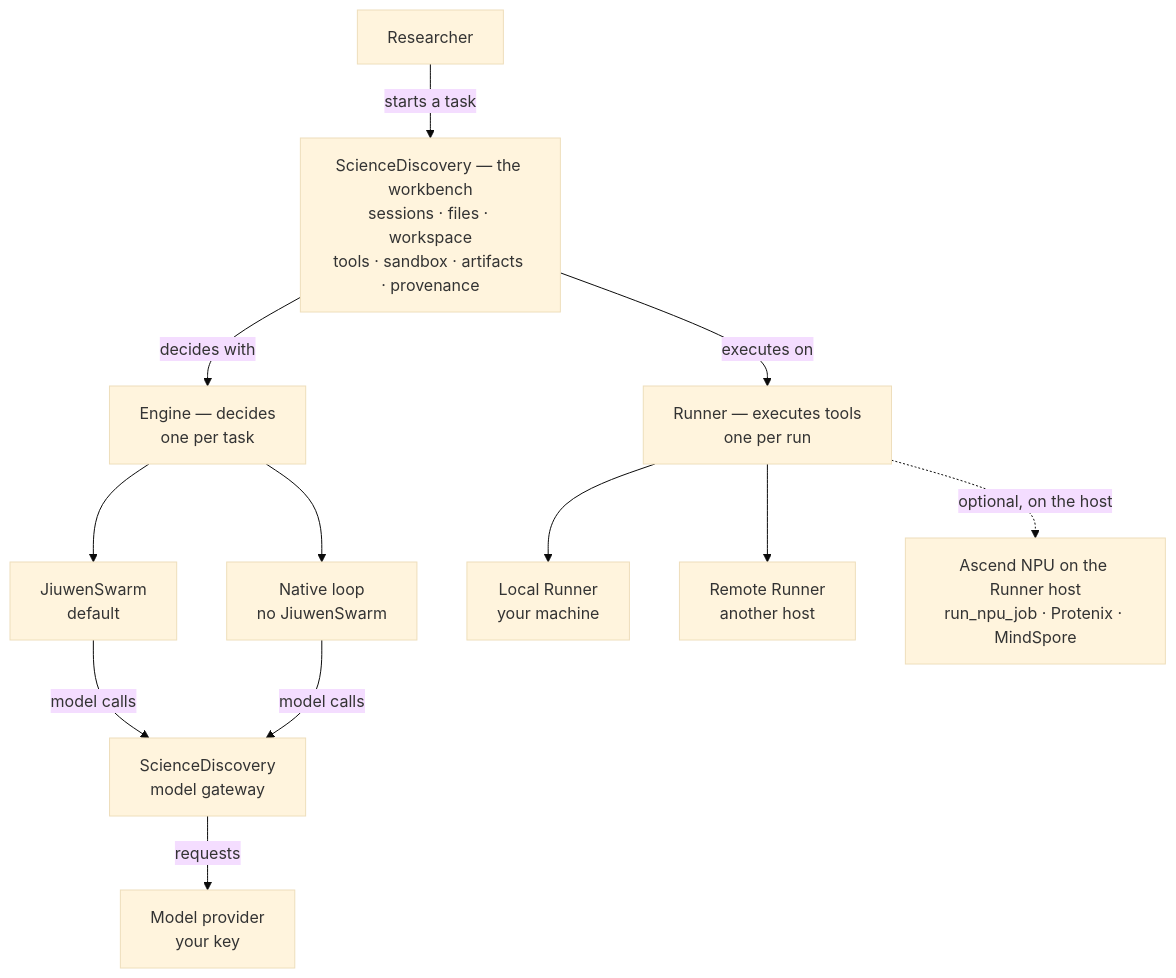
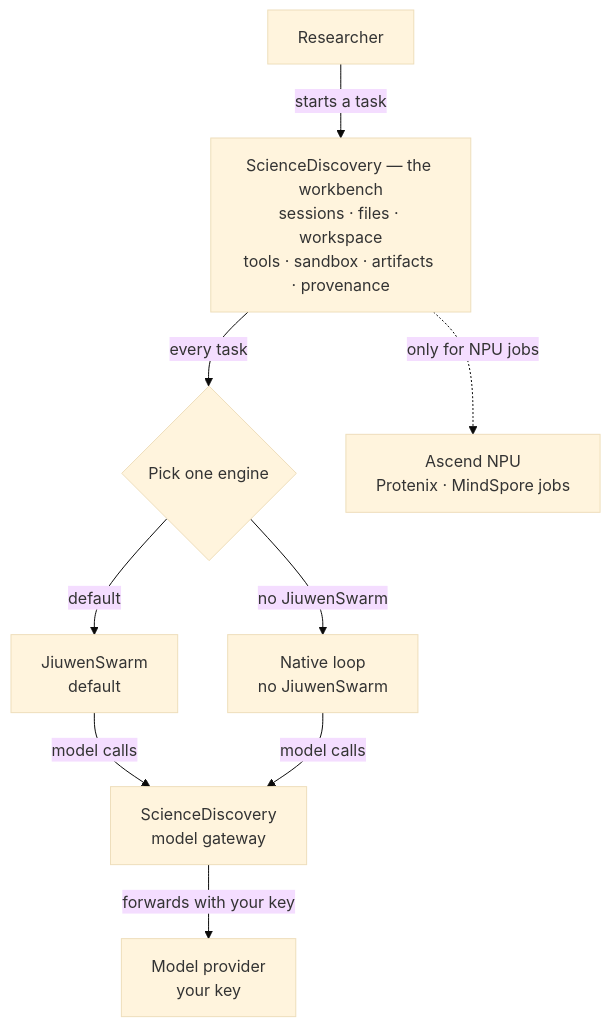
Before and after one commit to michaelatamuk/agentic-desk: the first of 5 diagrams in company/sciencediscovery/overview.md, drawn with Mermaid (base theme). The commit also changed other lines of this file, not shown here.

Commit message:
Revert two more ScienceDiscovery diagram changes

````diff
--- a/company/sciencediscovery/overview.md
+++ b/company/sciencediscovery/overview.md
@@ -32,27 +32,20 @@
 ```mermaid
 flowchart TD
   R["Researcher"]
   SD["ScienceDiscovery — the workbench<br/>sessions · files · workspace<br/>tools · sandbox · artifacts · provenance"]
-  ENG["Engine — decides<br/>one per task"]
+  M{"Pick one engine"}
   JS["JiuwenSwarm<br/>default"]
   NL["Native loop<br/>no JiuwenSwarm"]
   GW["ScienceDiscovery<br/>model gateway"]
   MP["Model provider<br/>your key"]
-  RUN["Runner — executes tools<br/>one per run"]
-  LR["Local Runner<br/>your machine"]
-  RR["Remote Runner<br/>another host"]
-  NPU["Ascend NPU on the Runner host<br/>run_npu_job · Protenix · MindSpore"]
+  NPU["Ascend NPU<br/>Protenix · MindSpore jobs"]
 
   R -->|"starts a task"| SD
-  SD -->|"decides with"| ENG
-  ENG --> JS
-  ENG --> NL
+  SD -->|"every task"| M
+  M -->|"default"| JS
+  M -->|"no JiuwenSwarm"| NL
   JS -->|"model calls"| GW
   NL -->|"model calls"| GW
-  GW -->|"requests"| MP
-
-  SD -->|"executes on"| RUN
-  RUN --> LR
-  RUN --> RR
-  RUN -.->|"optional, on the host"| NPU
+  GW -->|"forwards with your key"| MP
+  SD -.->|"only for NPU jobs"| NPU
 ```
````
